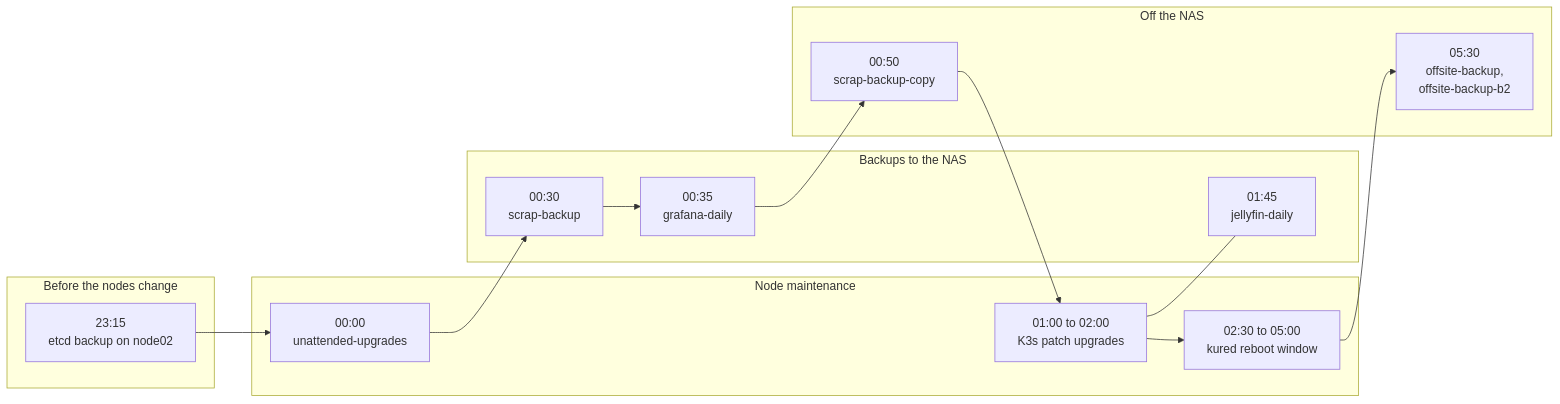
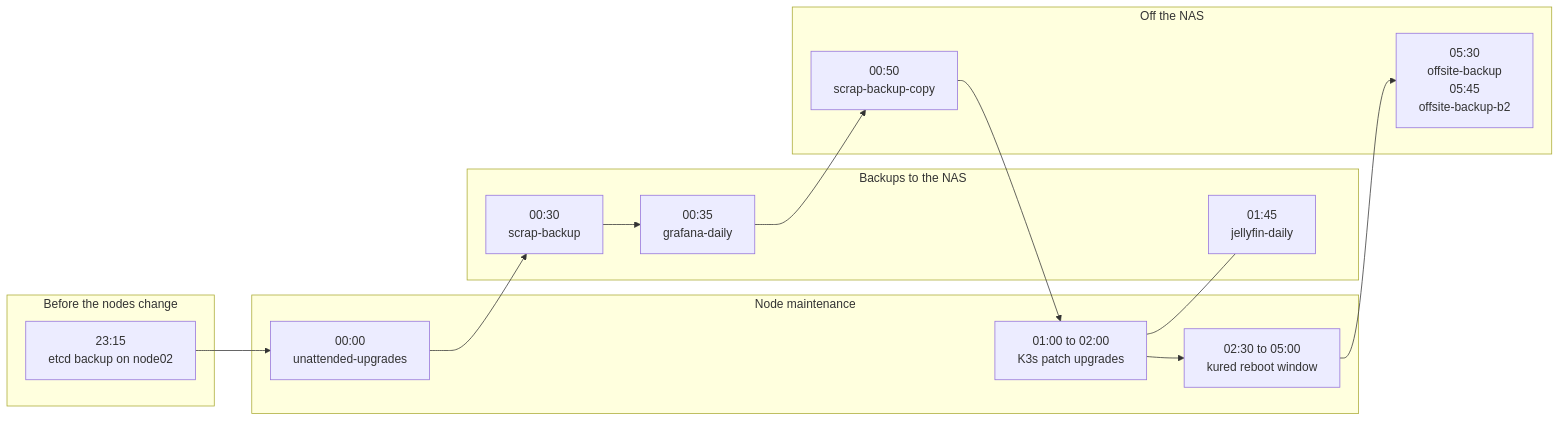
Before and after one commit to gilesknap/tpi-k3s-ansible: the second of 3 diagrams in docs/explanations/architecture/backups.md, drawn with Mermaid. The commit also changed other lines of this file and 5 other files, not shown here.

````diff
--- a/docs/explanations/architecture/backups.md
+++ b/docs/explanations/architecture/backups.md
@@ -157,26 +157,26 @@
 ```mermaid
 flowchart LR
     subgraph before["Before the nodes change"]
         etcd["23:15<br/>etcd backup on node02"]
     end
 
     subgraph maint["Node maintenance"]
         apt["00:00<br/>unattended-upgrades"]
         k3s["01:00 to 02:00<br/>K3s patch upgrades"]
         kured["02:30 to 05:00<br/>kured reboot window"]
     end
 
     subgraph tonas["Backups to the NAS"]
         scrap["00:30<br/>scrap-backup"]
         graf["00:35<br/>grafana-daily"]
         jf["01:45<br/>jellyfin-daily"]
     end
 
     subgraph offnas["Off the NAS"]
         copy["00:50<br/>scrap-backup-copy"]
-        off["05:30<br/>offsite-backup,<br/>offsite-backup-b2"]
+        off["05:30<br/>offsite-backup<br/>05:45<br/>offsite-backup-b2"]
     end
 
     etcd --> apt --> scrap --> graf --> copy --> k3s --> kured --> off
     k3s --- jf
 ```
````
